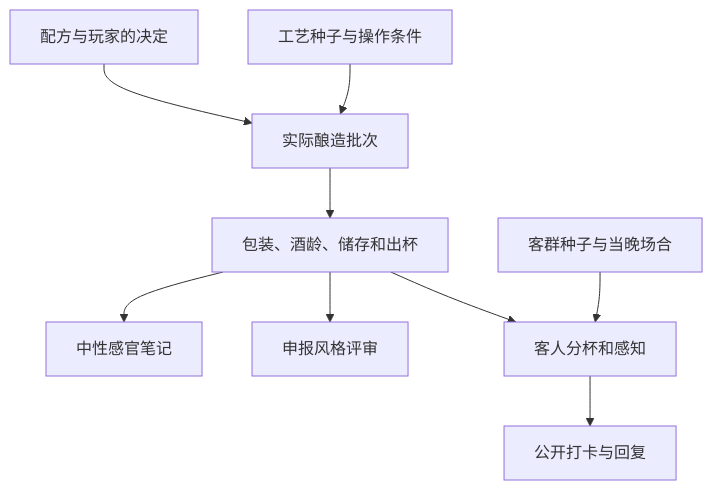
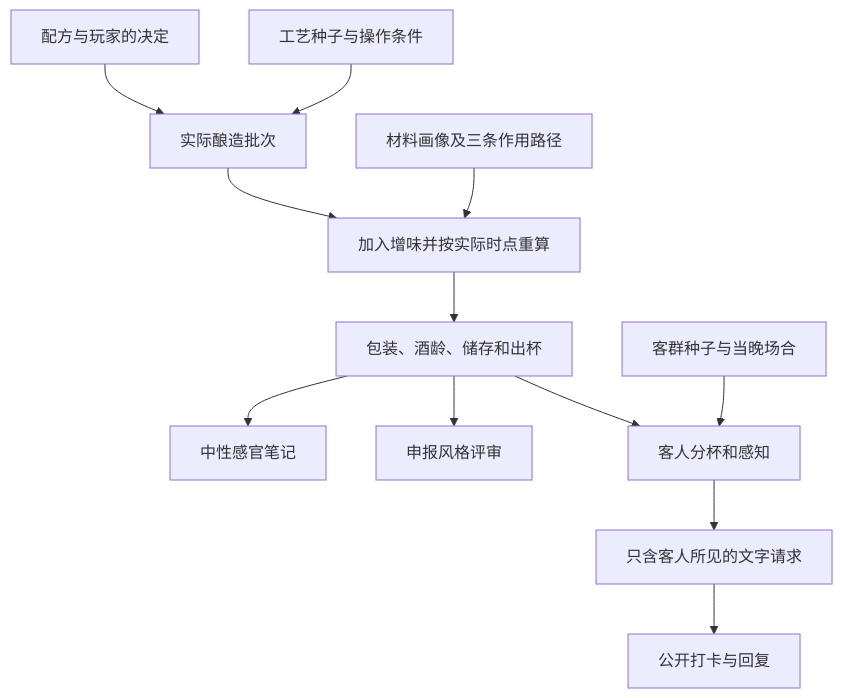
One commit to StarObserverPro/BrewPunk changed the diagram in docs/architecture.md. Above: the diagram before and after it, drawn with Mermaid. The commit also changed other lines of this file and 27 other files, not shown here.

````diff
--- a/docs/architecture.md
+++ b/docs/architecture.md
@@ -7,11 +7,14 @@
 ```mermaid
 flowchart TD
   R["配方与玩家的决定"] --> B["实际酿造批次"]
   E["工艺种子与操作条件"] --> B
-  B --> C["包装、酒龄、储存和出杯"]
+  B --> A["加入增味并按实际时点重算"]
+  L["材料画像及三条作用路径"] --> A
+  A --> C["包装、酒龄、储存和出杯"]
   C --> N["中性感官笔记"]
   C --> J["申报风格评审"]
   C --> V["客人分杯和感知"]
   G["客群种子与当晚场合"] --> V
-  V --> P["公开打卡与回复"]
+  V --> W["只含客人所见的文字请求"]
+  W --> P["公开打卡与回复"]
 ```
````
